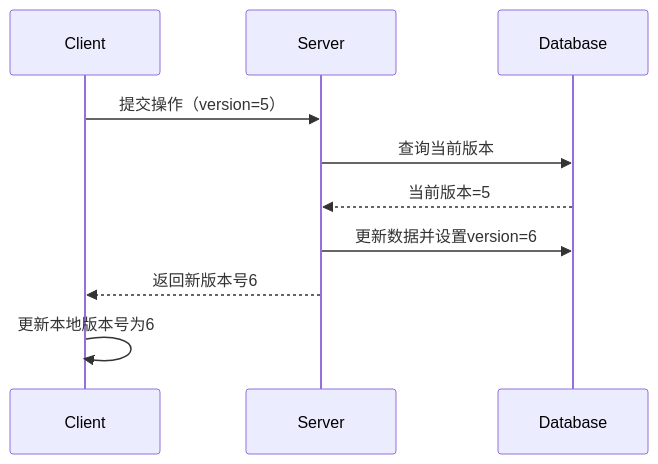
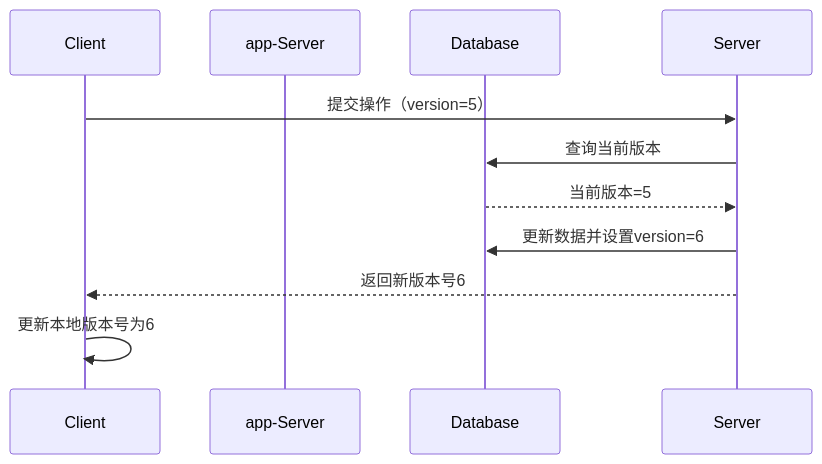
One commit to yingjianzh/iodraw-files changed the diagram in all/未命名-26.md. Above: the diagram before and after it, drawn with Mermaid.

Commit message:
2025-02-26 15:30:58 update

````diff
--- a/all/未命名-26.md
+++ b/all/未命名-26.md
@@ -1,15 +1,15 @@
 ```mermaid
 
 sequenceDiagram
     participant Client
-    participant Server
+    participant app-Server
     participant Database
 
     Client->>Server: 提交操作（version=5）
     Server->>Database: 查询当前版本
     Database-->>Server: 当前版本=5
     Server->>Database: 更新数据并设置version=6
     Server-->>Client: 返回新版本号6
     Client->>Client: 更新本地版本号为6
 
 ```
````
